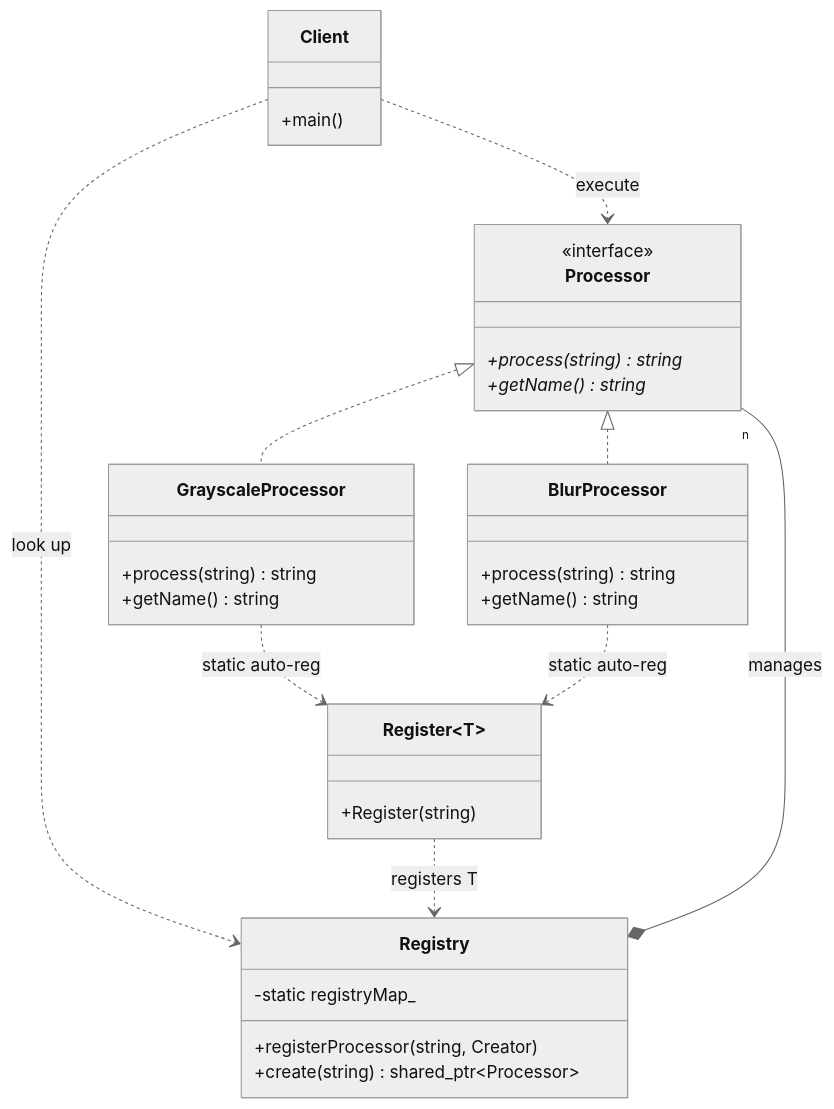
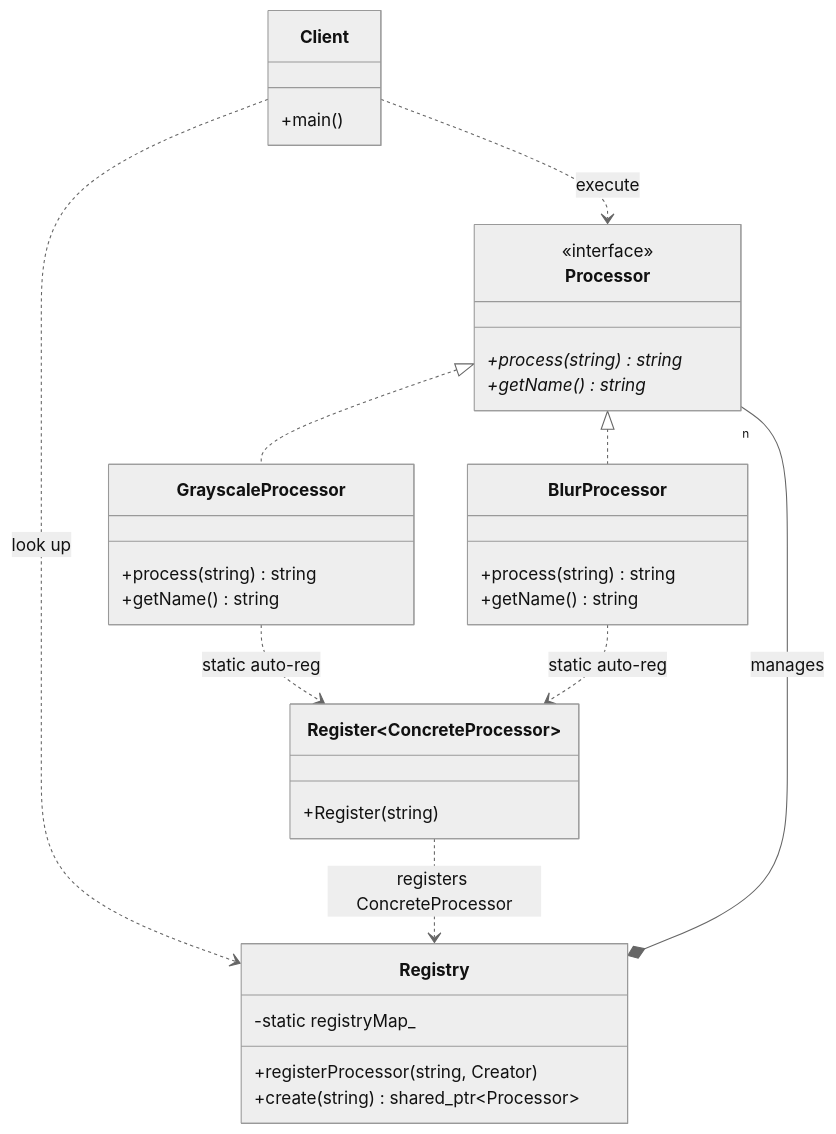
Before and after one commit to Cichlidfishexigency721/Modern-CPP-Design-Patterns: the diagram in 16_Register/diagram.md, drawn with Mermaid (neutral theme).

Commit message:
UML improvement

````diff
--- a/16_Register/diagram.md
+++ b/16_Register/diagram.md
@@ -3,50 +3,50 @@
 ```mermaid
 classDiagram
    class Processor {
       <<interface>>
       +process(string) string*
       +getName() string*
    }
 
    class GrayscaleProcessor {
       +process(string) string
       +getName() string
    }
 
    class BlurProcessor {
       +process(string) string
       +getName() string
    }
 
    class Registry {
       -static registryMap_
       +registerProcessor(string, Creator)
       +create(string) shared_ptr~Processor~
    }
 
-   class Register~T~ {
+   class Register~ConcreteProcessor~ {
       +Register(string)
    }
 
    class Client {
       +main()
    }
 
    %% Inheritance (Is_a) - No numbers
    Processor <|.. GrayscaleProcessor
    Processor <|.. BlurProcessor
 
    %% The Registry manages the lifecycle of processors (Singleton/Flyweight)
    %% Composition (Has_a) - Multiplicity "n" at the end
    Registry *-- "n" Processor : manages
 
    %% Auto-registration mechanism
    %% Dependency (..>) - No numbers
-   Register~T~ ..> Registry : registers T
-   GrayscaleProcessor ..> Register~T~ : static auto-reg
-   BlurProcessor ..> Register~T~ : static auto-reg
+   Register~ConcreteProcessor~ ..> Registry : registers ConcreteProcessor
+   GrayscaleProcessor ..> Register~ConcreteProcessor~ : static auto-reg
+   BlurProcessor ..> Register~ConcreteProcessor~ : static auto-reg
 
    %% Client interactions
    Client ..> Registry : look up
    Client ..> Processor : execute
 ```
````
